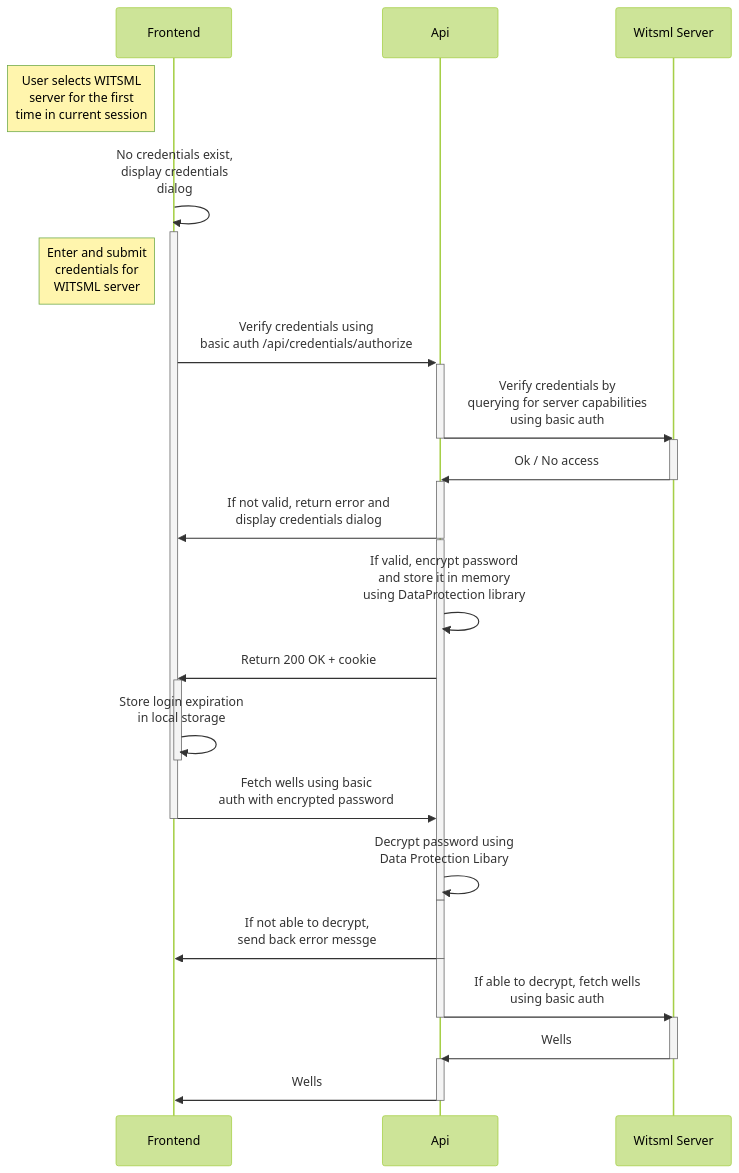
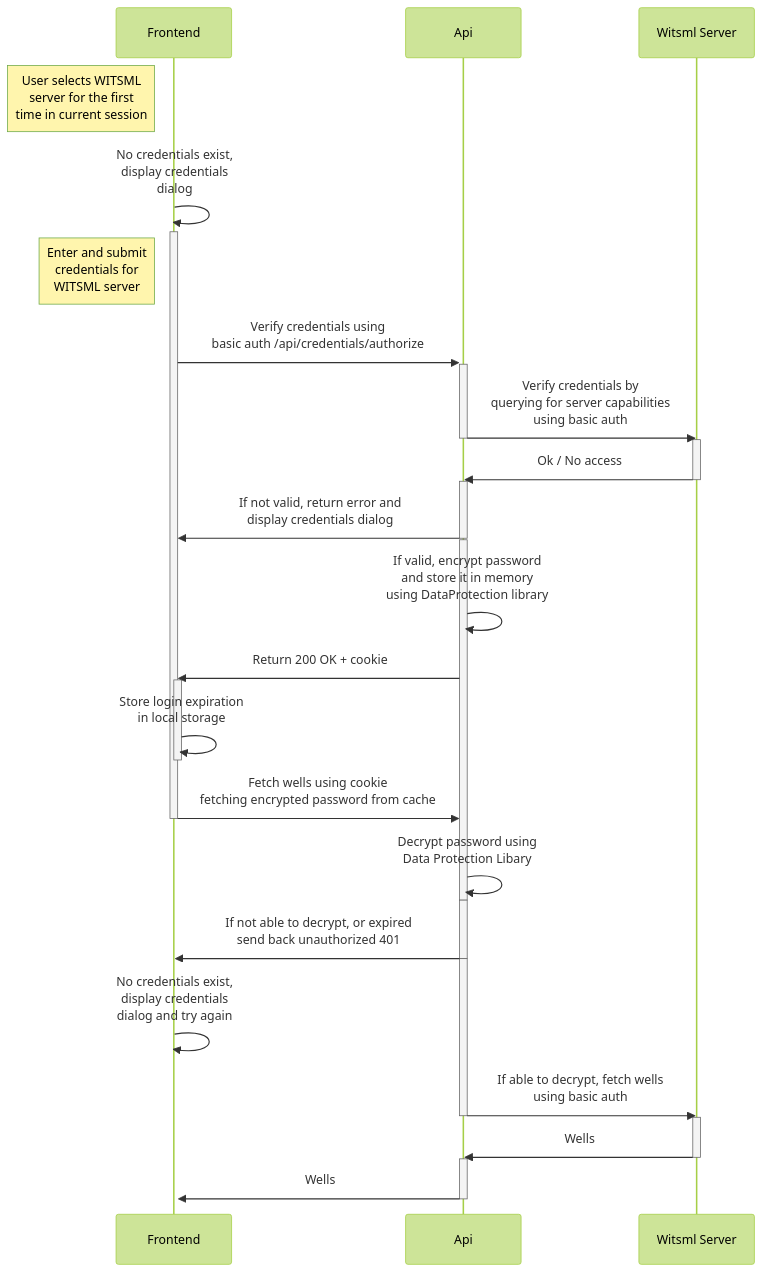
The first of 2 diagrams in AUTH.md (equinor/witsml-explorer), drawn with Mermaid (forest theme) before and after one commit. The commit also changed other lines of this file, not shown here.

Commit message:
WE-663 Update authNZ documentation and add API documentation

````diff
--- a/AUTH.md
+++ b/AUTH.md
@@ -19,27 +35,28 @@
 ```mermaid
 sequenceDiagram
     Note left of Frontend: User selects WITSML <br> server for the first <br> time in current session
     Frontend->>+Frontend: No credentials exist,<br/> display credentials <br/> dialog
     Note left of Frontend: Enter and submit <br> credentials for <br> WITSML server
     Frontend->>+Api: Verify credentials using <br/> basic auth /api/credentials/authorize
     Api->>-Witsml Server: Verify credentials by <br/> querying for server capabilities <br/> using basic auth
     activate Witsml Server
     Witsml Server ->>- Api: Ok / No access 
     activate Api
     Api->>-Frontend: If not valid, return error and <br> display credentials dialog
     activate Api
     Api->>Api: If valid, encrypt password <br> and store it in memory <br> using DataProtection library
     Api->>Frontend: Return 200 OK + cookie
     activate Frontend
     Frontend->>-Frontend: Store login expiration  <br> in local storage
-    Frontend->>-Api: Fetch wells using basic <br>auth with encrypted password
+    Frontend->>-Api: Fetch wells using cookie <br>fetching encrypted password from cache
     Api->>-Api: Decrypt password using <br> Data Protection Libary
     activate Api
-    Api->>-Frontend: If not able to decrypt, <br> send back error messge
+    Api->>-Frontend: If not able to decrypt, or expired <br> send back unauthorized 401
     activate Api
+    Frontend->>+Frontend: No credentials exist,<br/> display credentials <br/> dialog and try again    
     Api->>-Witsml Server: If able to decrypt, fetch wells <br> using basic auth
     activate Witsml Server
     Witsml Server->>-Api: Wells
     activate Api
     Api->>-Frontend: Wells
 ```
````
